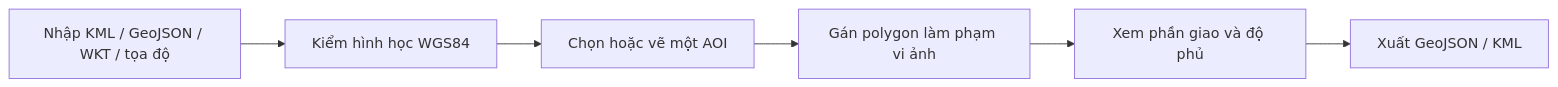
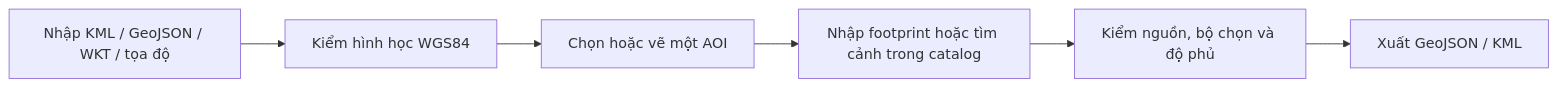
The first of 2 diagrams in docs/product/geodata-workspace.md (hoxuanphu/UNISEC_Demo), drawn with Mermaid before and after one commit. The commit also changed other lines of this file and 31 other files, not shown here.

````diff
--- a/docs/product/geodata-workspace.md
+++ b/docs/product/geodata-workspace.md
@@ -5,8 +5,8 @@
 ```mermaid
 flowchart LR
   A[Nhập KML / GeoJSON / WKT / tọa độ] --> B[Kiểm hình học WGS84]
   B --> C[Chọn hoặc vẽ một AOI]
-  C --> D[Gán polygon làm phạm vi ảnh]
-  D --> E[Xem phần giao và độ phủ]
+  C --> D[Nhập footprint hoặc tìm cảnh trong catalog]
+  D --> E[Kiểm nguồn, bộ chọn và độ phủ]
   E --> F[Xuất GeoJSON / KML]
 ```
````
